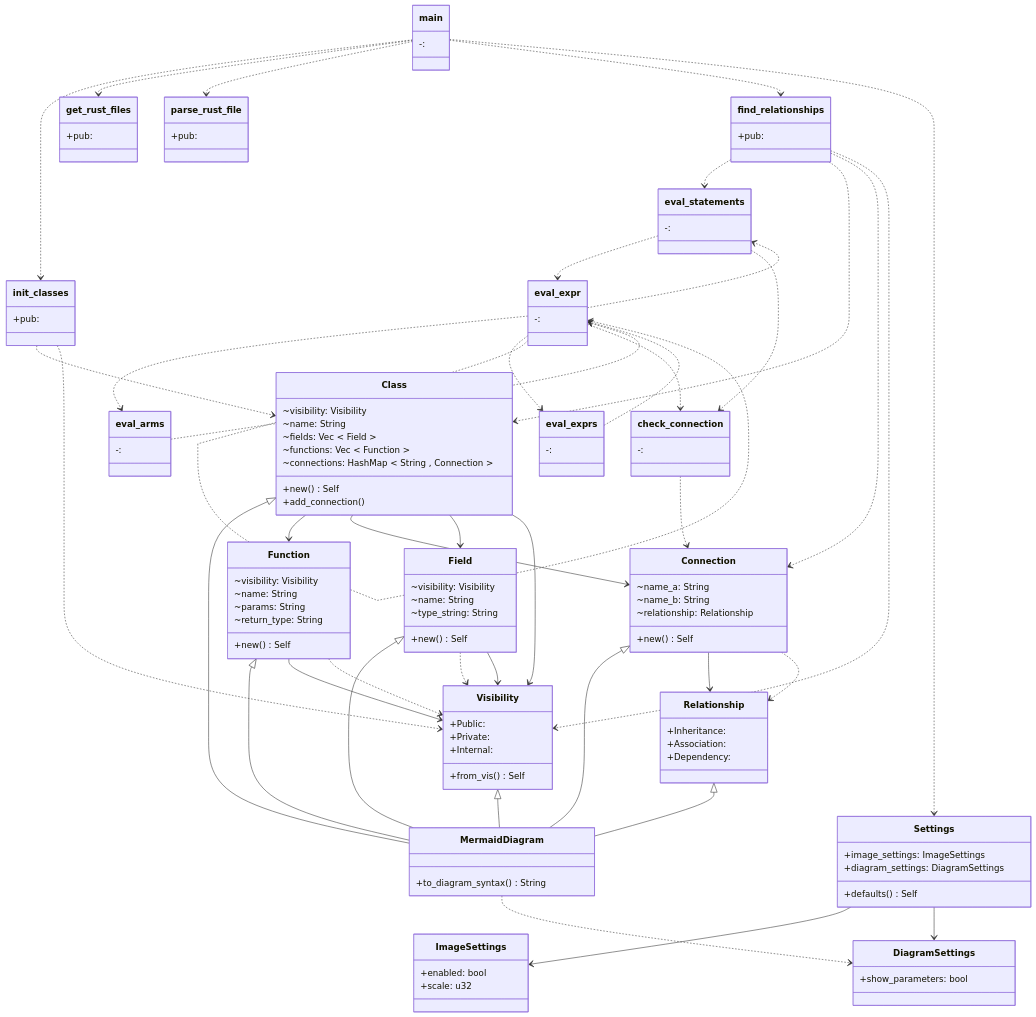
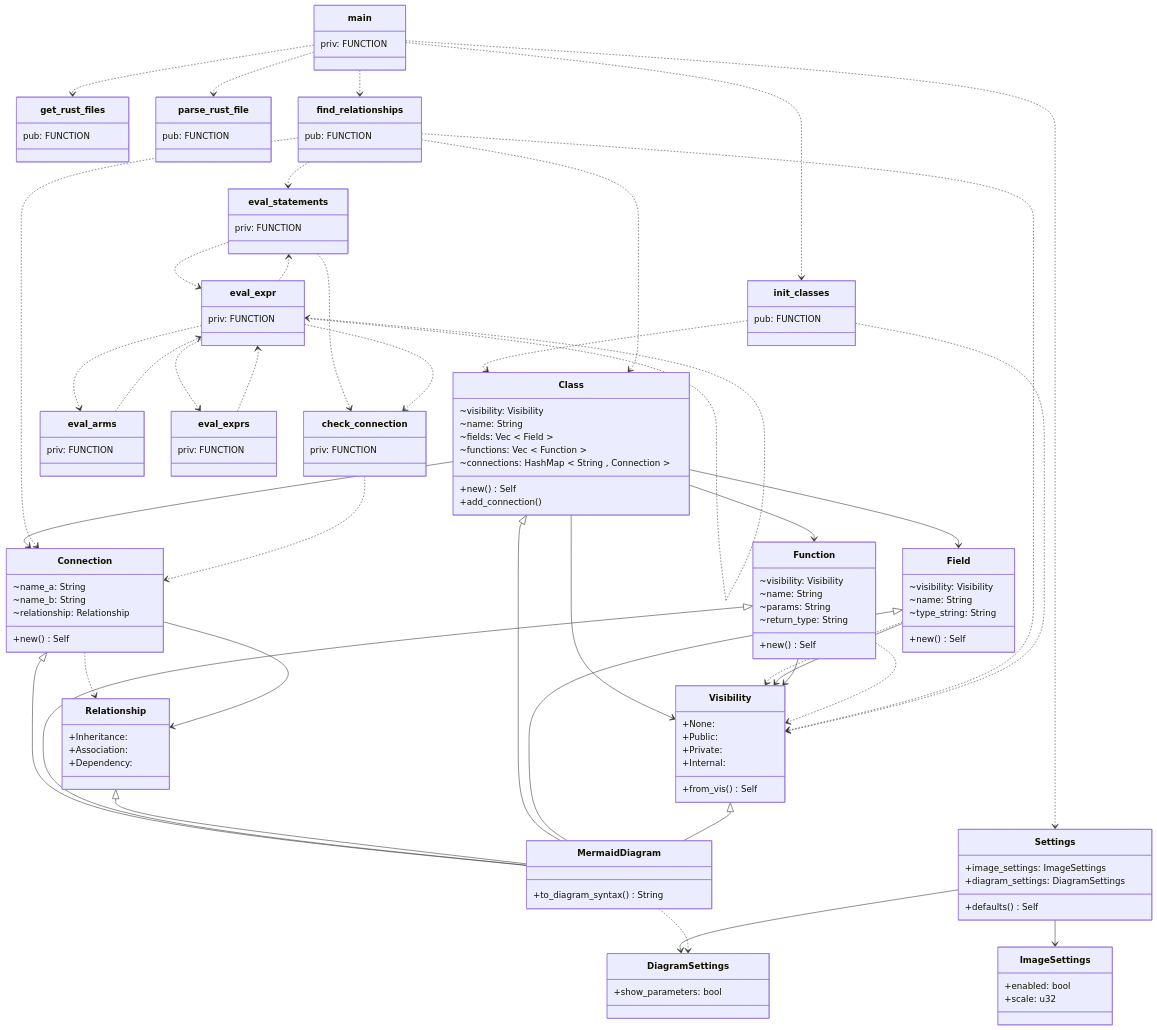
One commit to gusjengis/mermaid-class-diagrams changed the diagram in diagram.mmd. Above: the diagram before and after it, drawn with Mermaid. The commit also changed 4 other files, not shown here.

```diff
--- a/diagram.mmd
+++ b/diagram.mmd
@@ -1,164 +1,165 @@
 classDiagram
 
 class init_classes {
-+pub: 
+pub: FUNCTION
 }
 
 main ..> init_classes
 
 class get_rust_files {
-+pub: 
+pub: FUNCTION
 }
 
 main ..> get_rust_files
 
 class parse_rust_file {
-+pub: 
+pub: FUNCTION
 }
 
 main ..> parse_rust_file
 
 class MermaidDiagram {
 +to_diagram_syntax() String
 }
 
-Visibility <|-- MermaidDiagram
+Connection <|-- MermaidDiagram
+Function <|-- MermaidDiagram
 Relationship <|-- MermaidDiagram
 Class <|-- MermaidDiagram
-Function <|-- MermaidDiagram
-Connection <|-- MermaidDiagram
 Field <|-- MermaidDiagram
+Visibility <|-- MermaidDiagram
 
 class find_relationships {
-+pub: 
+pub: FUNCTION
 }
 
 main ..> find_relationships
 
 class eval_statements {
--: 
+priv: FUNCTION
 }
 
+eval_expr ..> eval_statements
 find_relationships ..> eval_statements
-eval_expr ..> eval_statements
 
 class eval_arms {
--: 
+priv: FUNCTION
 }
 
 eval_expr ..> eval_arms
 
 class eval_exprs {
--: 
+priv: FUNCTION
 }
 
 eval_expr ..> eval_exprs
 
 class eval_expr {
--: 
+priv: FUNCTION
 }
 
-eval_arms ..> eval_expr
+eval_expr ..> eval_expr
 eval_exprs ..> eval_expr
 eval_statements ..> eval_expr
-eval_expr ..> eval_expr
+eval_arms ..> eval_expr
 
 class check_connection {
--: 
+priv: FUNCTION
 }
 
 eval_statements ..> check_connection
 eval_expr ..> check_connection
 
 class Class {
 ~visibility: Visibility
 ~name: String
 ~fields: Vec < Field >
 ~functions: Vec < Function >
 ~connections: HashMap < String , Connection >
 +new() Self
 +add_connection() 
 }
 
 Class --> Function
+Class --> Visibility
+Class --> Field
+init_classes ..> Class
 Class --> Connection
-Class --> Field
 find_relationships ..> Class
-Class --> Visibility
-init_classes ..> Class
 
 class Field {
 ~visibility: Visibility
 ~name: String
 ~type_string: String
 +new() Self
 }
 
 Field ..> Visibility
 Field --> Visibility
 
 class Function {
 ~visibility: Visibility
 ~name: String
 ~params: String
 ~return_type: String
 +new() Self
 }
 
 Function --> Visibility
 Function ..> Visibility
 
 class Connection {
 ~name_a: String
 ~name_b: String
 ~relationship: Relationship
 +new() Self
 }
 
 find_relationships ..> Connection
+Connection ..> Relationship
+check_connection ..> Connection
 Connection --> Relationship
-check_connection ..> Connection
-Connection ..> Relationship
 
 class Relationship {
 +Inheritance: 
 +Association: 
 +Dependency: 
 }
 
 
 class Visibility {
++None: 
 +Public: 
 +Private: 
 +Internal: 
 +from_vis() Self
 }
 
 find_relationships ..> Visibility
 init_classes ..> Visibility
 
 class Settings {
 +image_settings: ImageSettings
 +diagram_settings: DiagramSettings
 +defaults() Self
 }
 
-main ..> Settings
 Settings --> ImageSettings
 Settings --> DiagramSettings
+main ..> Settings
 
 class ImageSettings {
 +enabled: bool
 +scale: u32
 }
 
 
 class DiagramSettings {
 +show_parameters: bool
 }
 
 MermaidDiagram ..> DiagramSettings
 
 class main {
--: 
+priv: FUNCTION
 }
```
